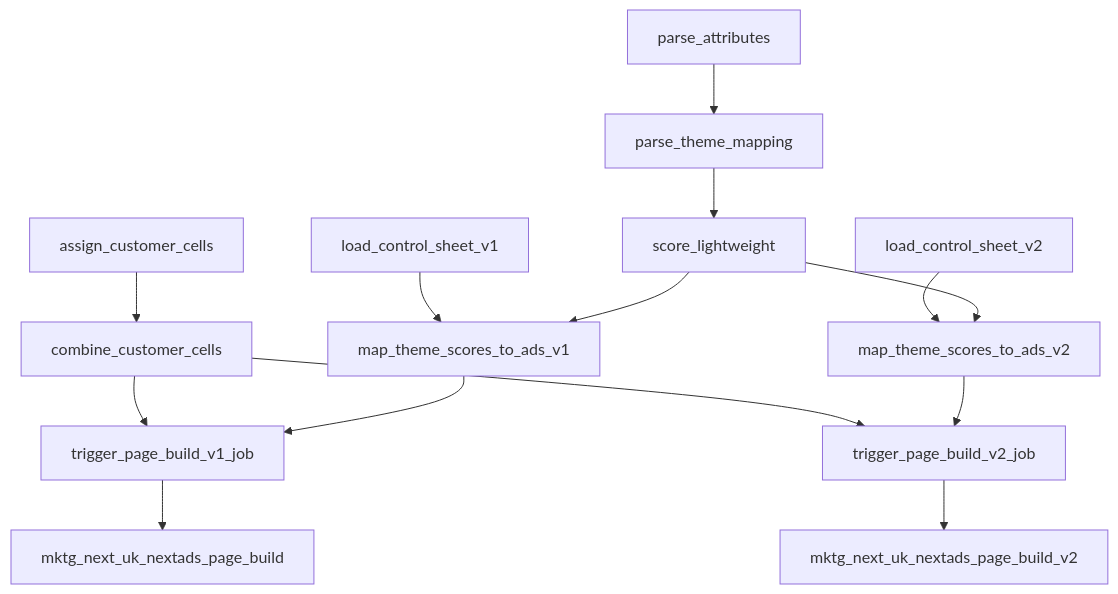
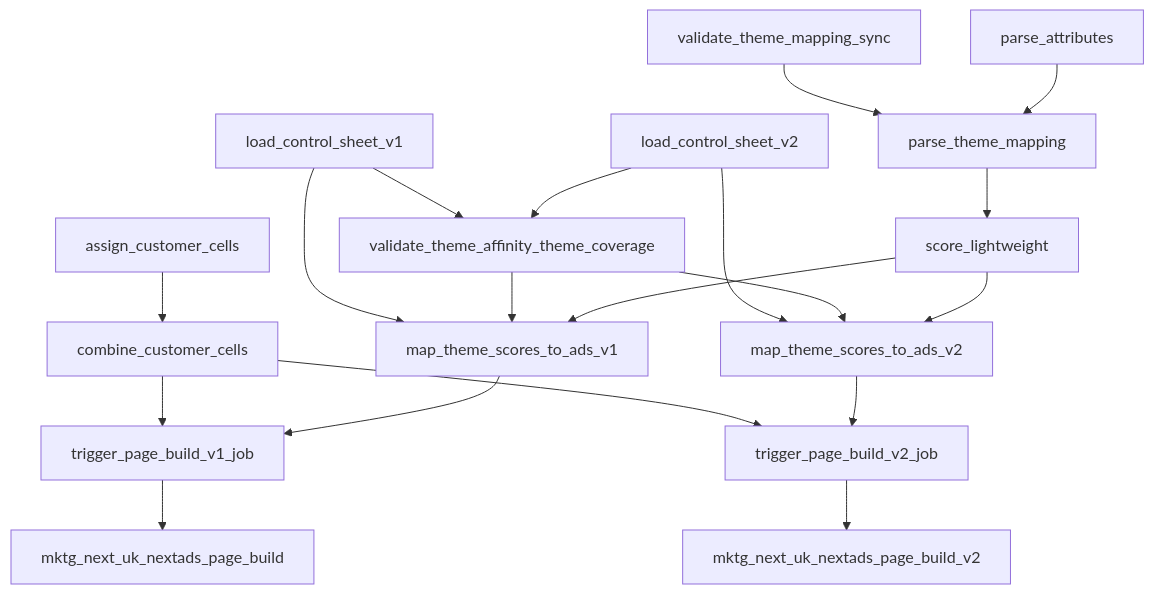
The second of 8 diagrams in docs/CICD/nextads_databricks_runtime_map.md (swblain-glyndwr/personal_project), drawn with Mermaid before and after one commit. The commit also changed other lines of this file and 16 other files, not shown here.

Commit message:
Add v1 v2 theme mapping guardrails

````diff
--- a/docs/CICD/nextads_databricks_runtime_map.md
+++ b/docs/CICD/nextads_databricks_runtime_map.md
@@ -62,15 +64,20 @@
 ```mermaid
 flowchart TD
   assign_customer_cells --> combine_customer_cells
+  validate_theme_mapping_sync --> parse_theme_mapping
   parse_attributes --> parse_theme_mapping --> score_lightweight
+  load_control_sheet_v1 --> validate_theme_affinity_theme_coverage
+  load_control_sheet_v2 --> validate_theme_affinity_theme_coverage
   load_control_sheet_v1 --> map_theme_scores_to_ads_v1
+  validate_theme_affinity_theme_coverage --> map_theme_scores_to_ads_v1
   score_lightweight --> map_theme_scores_to_ads_v1
   load_control_sheet_v2 --> map_theme_scores_to_ads_v2
+  validate_theme_affinity_theme_coverage --> map_theme_scores_to_ads_v2
   score_lightweight --> map_theme_scores_to_ads_v2
   combine_customer_cells --> trigger_page_build_v1_job
   map_theme_scores_to_ads_v1 --> trigger_page_build_v1_job
   combine_customer_cells --> trigger_page_build_v2_job
   map_theme_scores_to_ads_v2 --> trigger_page_build_v2_job
   trigger_page_build_v1_job --> page_build["mktg_next_uk_nextads_page_build"]
   trigger_page_build_v2_job --> page_build_v2["mktg_next_uk_nextads_page_build_v2"]
 ```
````
